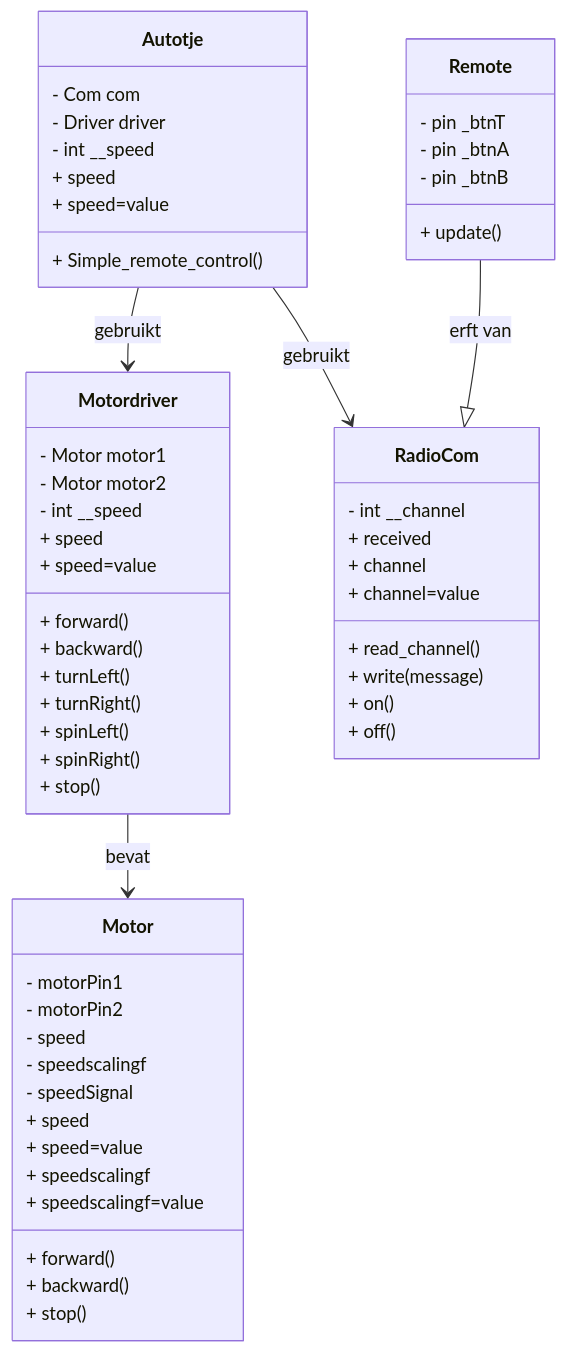
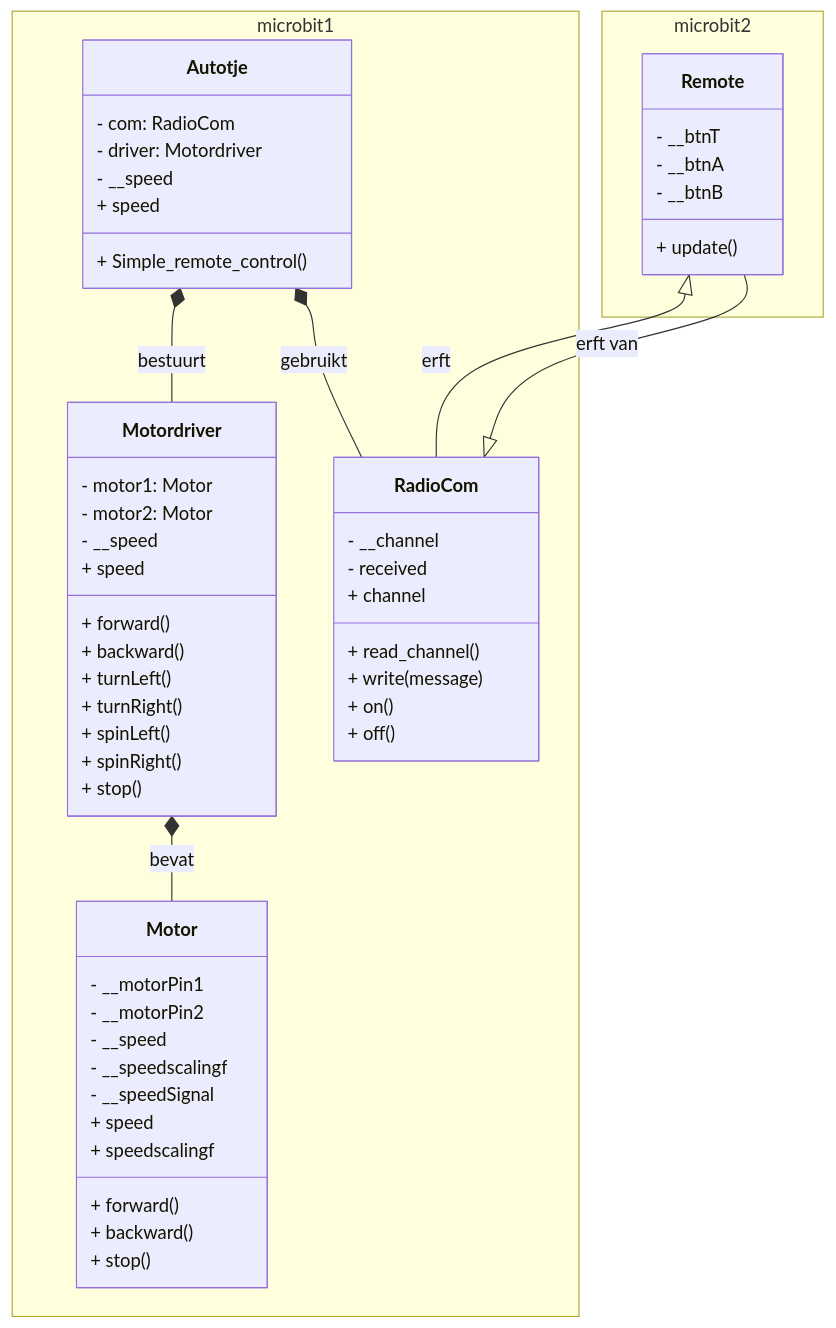
Before and after one commit to jensthebrogrammer/project_autotje: the diagram in newUML.md, drawn with Mermaid.

````diff
--- a/newUML.md
+++ b/newUML.md
@@ -1,66 +1,66 @@
 ```mermaid
 classDiagram
-    class Autotje {
-        - Com com
-        - Driver driver
-        - int __speed
-        + speed
-        + speed=value
-        + Simple_remote_control()
+    namespace microbit1 {
+        class Autotje {
+            - com: RadioCom
+            - driver: Motordriver
+            - __speed
+            + speed
+            + Simple_remote_control()
+        }
+
+        class Motor {
+            - __motorPin1
+            - __motorPin2
+            - __speed
+            - __speedscalingf
+            - __speedSignal
+            + forward()
+            + backward()
+            + stop()
+            + speed
+            + speedscalingf
+        }
+        
+        class Motordriver {
+            - motor1: Motor
+            - motor2: Motor
+            - __speed
+            + speed
+            + forward()
+            + backward()
+            + turnLeft()
+            + turnRight()
+            + spinLeft()
+            + spinRight()
+            + stop()
+        }
+
+        class RadioCom {
+            - __channel
+            - received
+            + read_channel()
+            + channel
+            + write(message)
+            + on()
+            + off()
+        }
     }
 
-    class Motordriver {
-        - Motor motor1
-        - Motor motor2
-        - int __speed
-        + speed
-        + speed=value
-        + forward()
-        + backward()
-        + turnLeft()
-        + turnRight()
-        + spinLeft()
-        + spinRight()
-        + stop()
+    namespace microbit2 {
+        class Remote {
+            - __btnT
+            - __btnA
+            - __btnB
+            + update()
+        }
     }
 
-    class Motor {
-        - motorPin1
-        - motorPin2
-        - speed
-        - speedscalingf
-        - speedSignal
-        + speed
-        + speed=value
-        + speedscalingf
-        + speedscalingf=value
-        + forward()
-        + backward()
-        + stop()
-    }
+    Autotje *-- RadioCom : gebruikt
+    Autotje *-- Motordriver : bestuurt
+    Motordriver *-- Motor : bevat
+    Remote <|-- RadioCom : erft
 
-    class RadioCom {
-        - int __channel
-        + received
-        + channel
-        + channel=value
-        + read_channel()
-        + write(message)
-        + on()
-        + off()
-    }
-
-    class Remote {
-        - pin _btnT
-        - pin _btnA
-        - pin _btnB
-        + update()
-    }
-
-    %% Relaties
-    Autotje --> RadioCom : gebruikt
-    Autotje --> Motordriver : gebruikt
-    Motordriver --> Motor : bevat
     Remote --|> RadioCom : erft van
 
  ```
````
